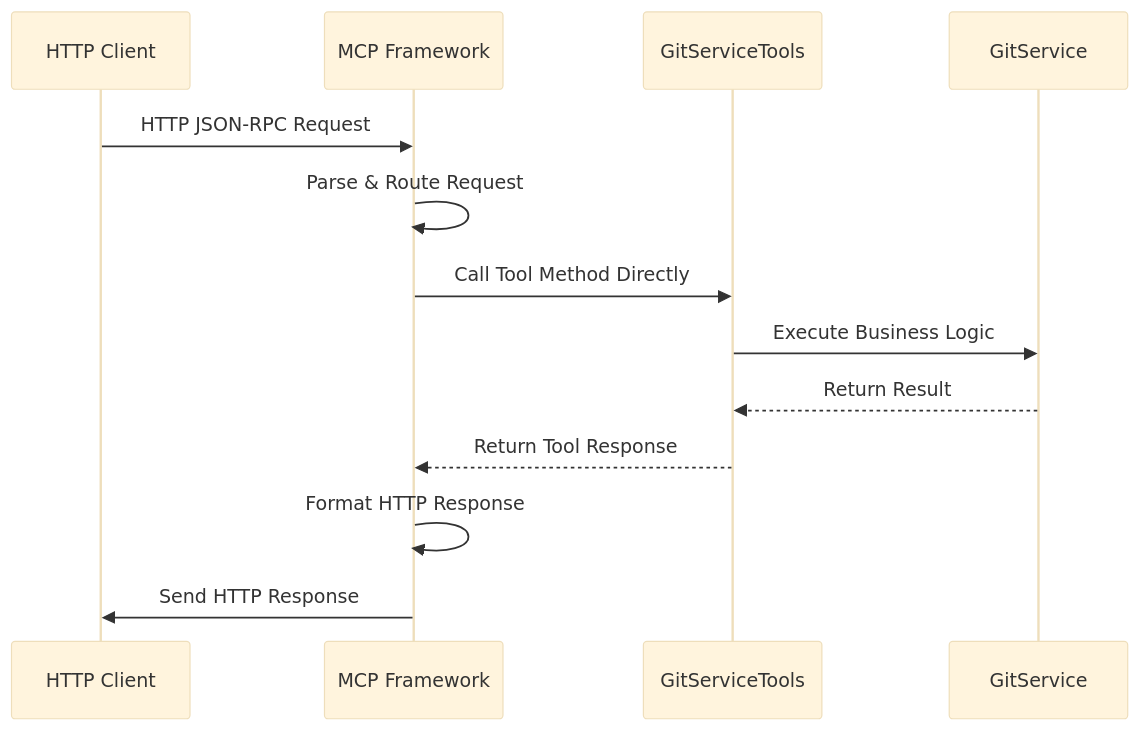
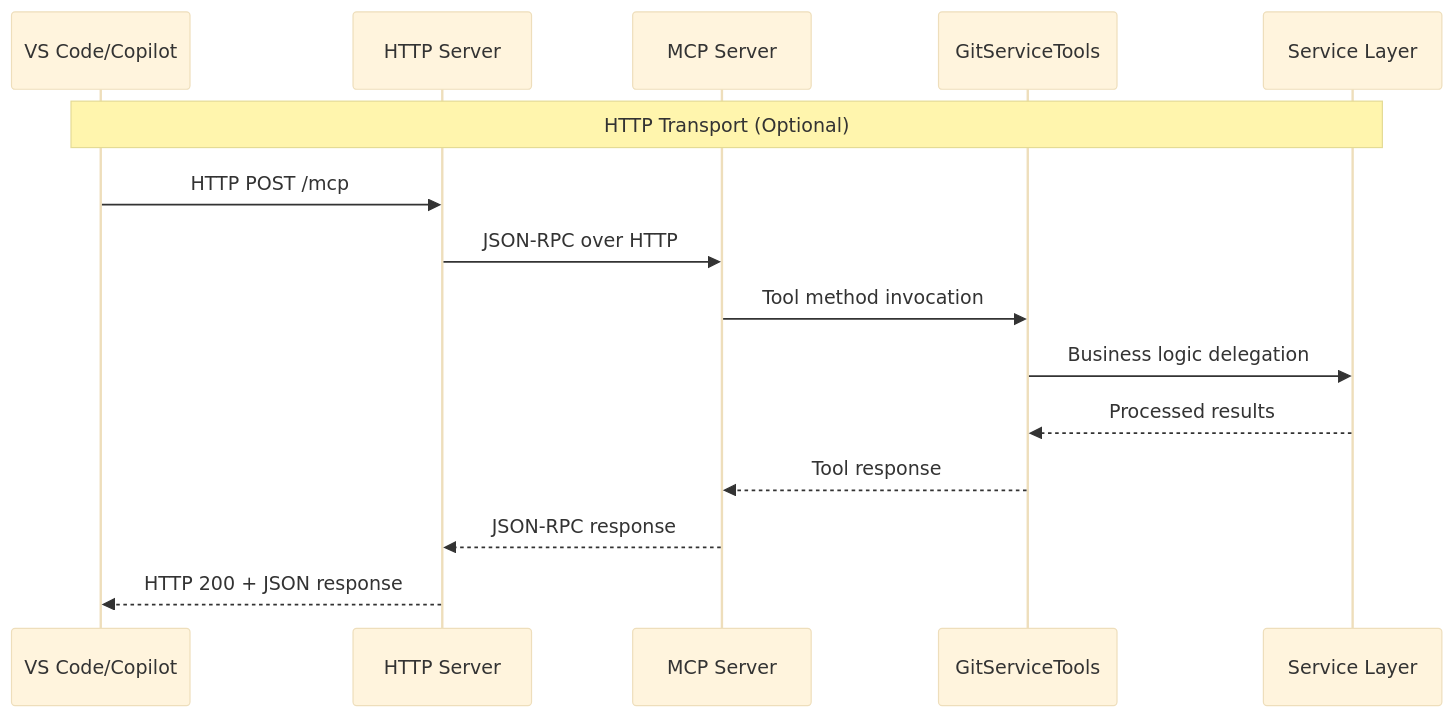
Before and after one commit to MCPRUNNER/GitVisionMCP: the third of 3 diagrams in Documentation/ARCHITECTURE.md, drawn with Mermaid (base theme). The commit also changed other lines of this file and 7 other files, not shown here.

Commit message:
Adding architecture prompt and updating release.prompt

````diff
--- a/Documentation/ARCHITECTURE.md
+++ b/Documentation/ARCHITECTURE.md
@@ -205,16 +230,18 @@
 ```mermaid
 sequenceDiagram
-    participant Client as HTTP Client
-    participant Framework as MCP Framework
+    participant Client as VS Code/Copilot
+    participant HTTP as HTTP Server
+    participant MCP as MCP Server
     participant Tools as GitServiceTools
-    participant Service as GitService
+    participant Service as Service Layer
 
-    Client->>Framework: HTTP JSON-RPC Request
-    Framework->>Framework: Parse & Route Request
-    Framework->>Tools: Call Tool Method Directly
-    Tools->>Service: Execute Business Logic
-    Service-->>Tools: Return Result
-    Tools-->>Framework: Return Tool Response
-    Framework->>Framework: Format HTTP Response
-    Framework->>Client: Send HTTP Response
+    Note over Client,Service: HTTP Transport (Optional)
+    Client->>HTTP: HTTP POST /mcp
+    HTTP->>MCP: JSON-RPC over HTTP
+    MCP->>Tools: Tool method invocation
+    Tools->>Service: Business logic delegation
+    Service-->>Tools: Processed results
+    Tools-->>MCP: Tool response
+    MCP-->>HTTP: JSON-RPC response
+    HTTP-->>Client: HTTP 200 + JSON response
 ```
````
